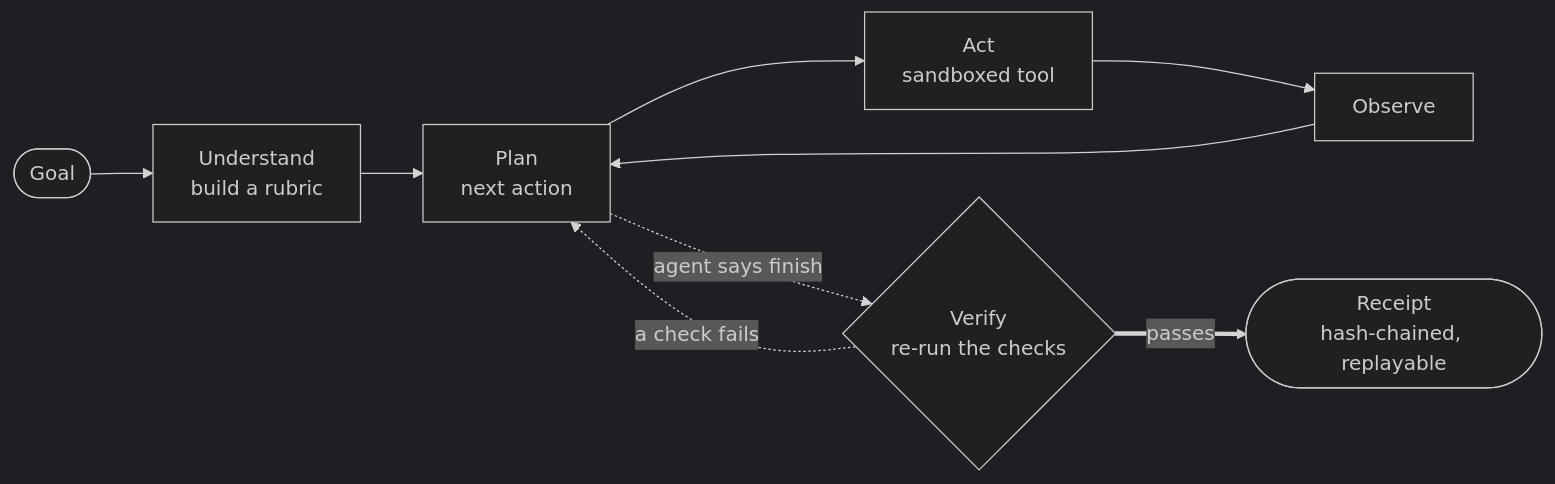
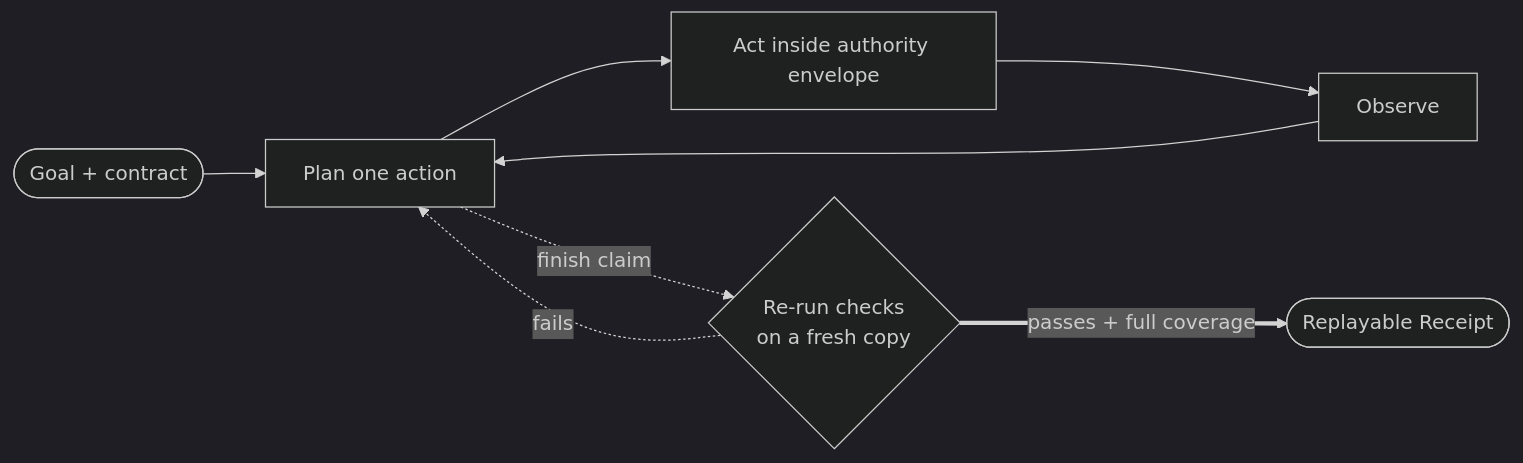
One commit to chriswu727/loop-agent changed the diagram in README.md. Above: the diagram before and after it, drawn with Mermaid (dark theme). The commit also changed other lines of this file and 30 other files, not shown here.

````diff
--- a/README.md
+++ b/README.md
@@ -33,11 +39,10 @@
 ```mermaid
 flowchart LR
-    G([Goal]) --> U[Understand<br/>build a rubric]
-    U --> P[Plan<br/>next action]
-    P --> A[Act<br/>sandboxed tool]
-    A --> O[Observe]
+    G(["Goal + contract"]) --> P["Plan one action"]
+    P --> A["Act inside authority envelope"]
+    A --> O["Observe"]
     O --> P
-    P -. agent says finish .-> V{Verify<br/>re-run the checks}
-    V -. a check fails .-> P
-    V == passes ==> R([Receipt<br/>hash-chained, replayable])
+    P -. "finish claim" .-> V{"Re-run checks\non a fresh copy"}
+    V -. "fails" .-> P
+    V == "passes + full coverage" ==> R(["Replayable Receipt"])
 ```
````
